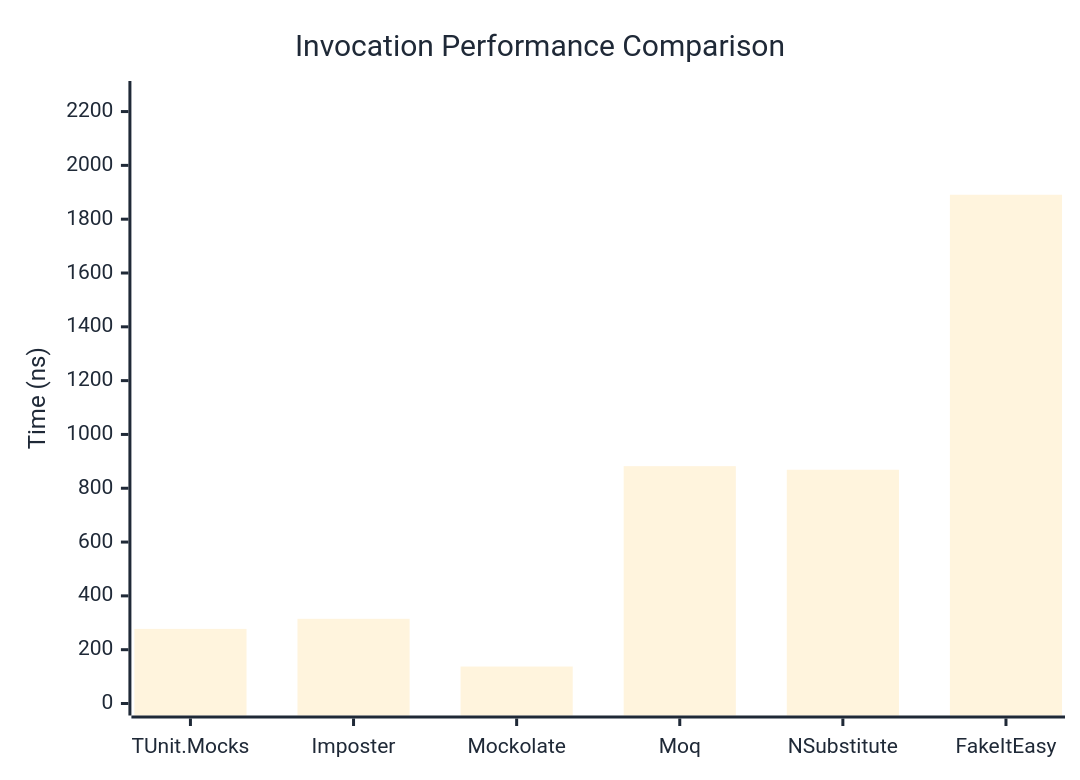
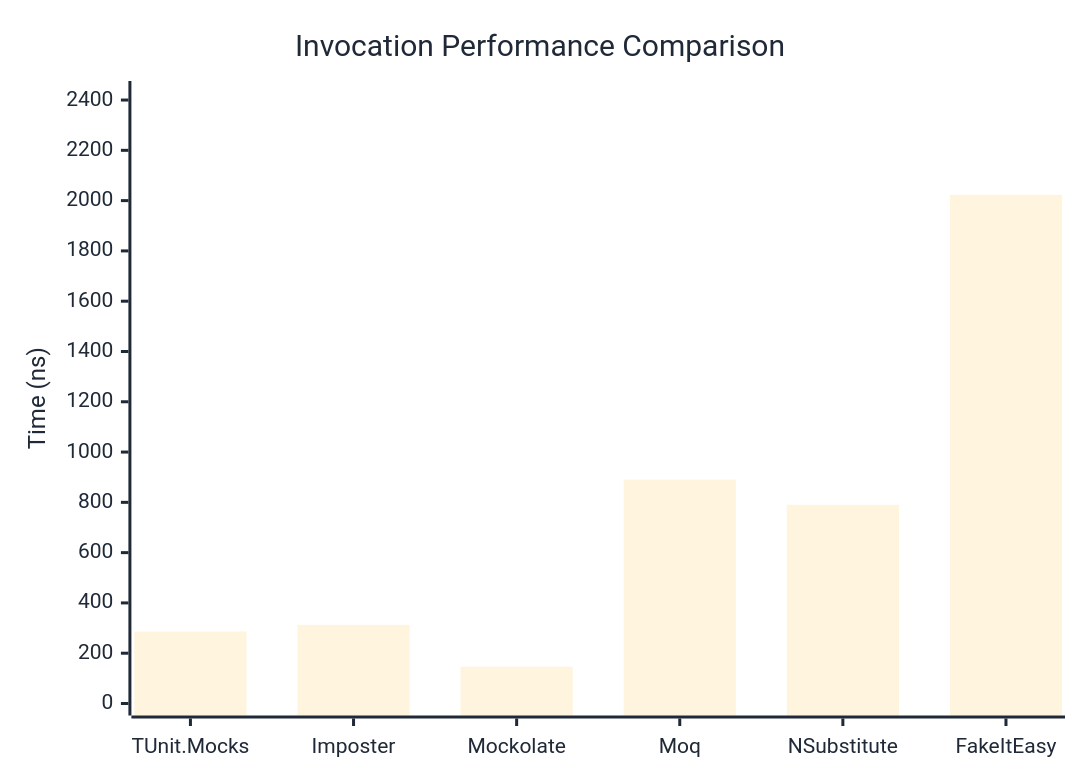
Before and after one commit to thomhurst/TUnit: the first of 3 diagrams in docs/docs/benchmarks/mocks/Invocation.md, drawn with Mermaid. The commit also changed other lines of this file and 14 other files, not shown here.

````diff
--- a/docs/docs/benchmarks/mocks/Invocation.md
+++ b/docs/docs/benchmarks/mocks/Invocation.md
@@ -30,27 +30,27 @@
 ```mermaid
 %%{init: {
   'theme':'base',
   'themeVariables': {
     'primaryColor': '#2563eb',
     'primaryTextColor': '#1f2937',
     'primaryBorderColor': '#1e40af',
     'lineColor': '#6b7280',
     'secondaryColor': '#7c3aed',
     'tertiaryColor': '#dc2626',
     'background': '#ffffff',
     'pie1': '#2563eb',
     'pie2': '#7c3aed',
     'pie3': '#dc2626',
     'pie4': '#f59e0b',
     'pie5': '#10b981',
     'pie6': '#06b6d4',
     'pie7': '#ec4899',
     'pie8': '#6366f1'
   }
 }}%%
 xychart-beta
   title "Invocation Performance Comparison"
   x-axis ["TUnit.Mocks", "Imposter", "Mockolate", "Moq", "NSubstitute", "FakeItEasy"]
-  y-axis "Time (ns)" 0 --> 2269
-  bar [277.19, 314.77, 137.42, 882.09, 868.76, 1890.83]
+  y-axis "Time (ns)" 0 --> 2428
+  bar [286.1, 312.8, 146.2, 890.3, 790.1, 2023.3]
 ```
````
